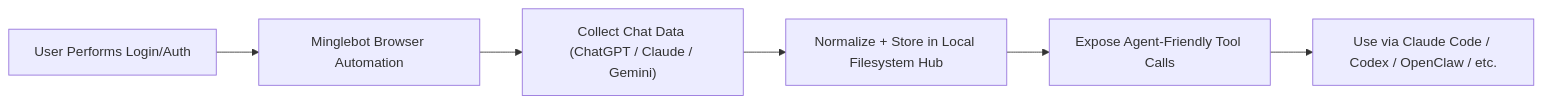
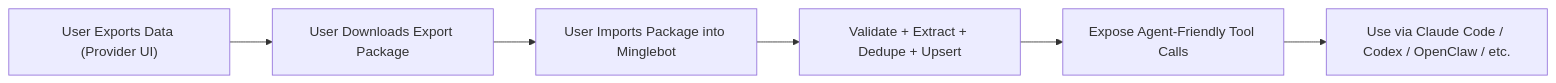
The diagram in README.md (minglelabs/minglebot), drawn with Mermaid before and after one commit. The commit also changed other lines of this file and 1 other file, not shown here.

Commit message:
docs: add v1 UI UX spec for manual batch import flow

````diff
--- a/README.md
+++ b/README.md
@@ -113,8 +113,8 @@
 ```mermaid
 flowchart LR
-    A["User Performs Login/Auth"] --> B["Minglebot Browser Automation"]
-    B --> C["Collect Chat Data (ChatGPT / Claude / Gemini)"]
-    C --> D["Normalize + Store in Local Filesystem Hub"]
+    A["User Exports Data (Provider UI)"] --> B["User Downloads Export Package"]
+    B --> C["User Imports Package into Minglebot"]
+    C --> D["Validate + Extract + Dedupe + Upsert"]
     D --> E["Expose Agent-Friendly Tool Calls"]
     E --> F["Use via Claude Code / Codex / OpenClaw / etc."]
 ```
````
